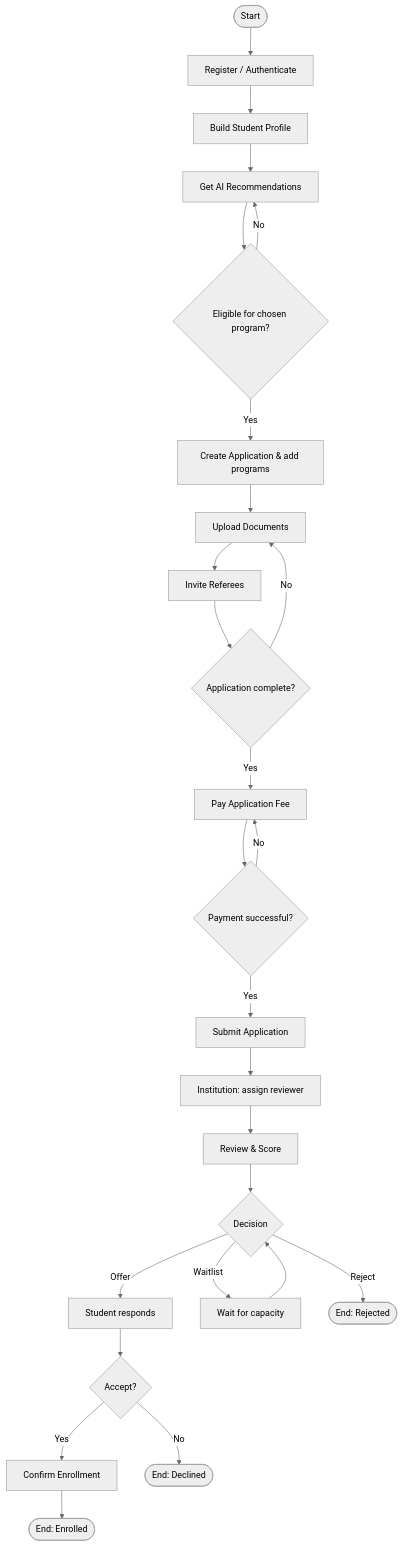
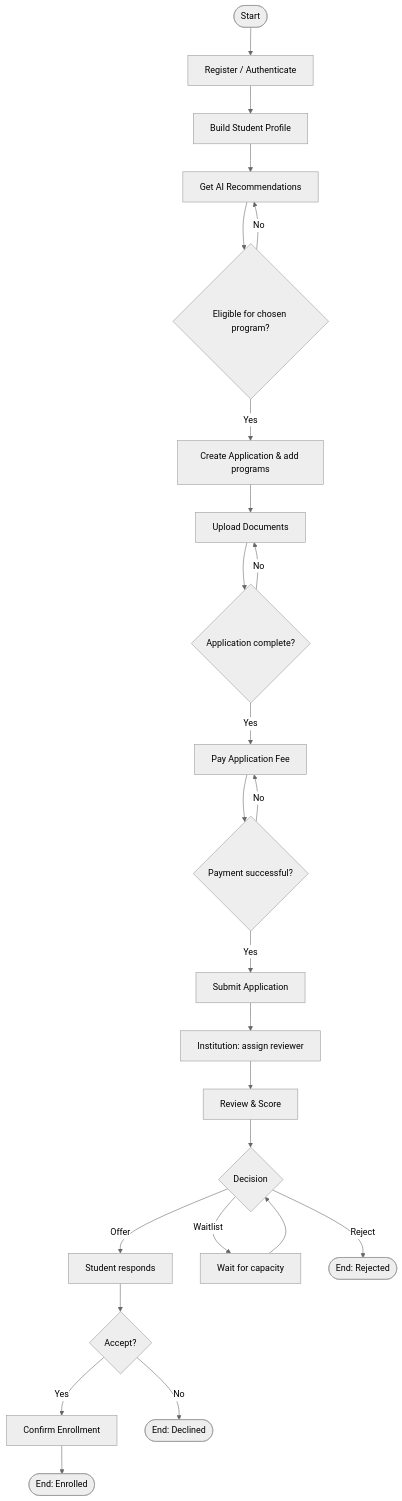
Before and after one commit to eraddy/prepration: the seventh of 8 diagrams in README.md, drawn with Mermaid (neutral theme). The commit also changed other lines of this file, not shown here.

````diff
--- a/README.md
+++ b/README.md
@@ -638,28 +601,27 @@
 ```mermaid
 flowchart TD
   A([Start]) --> B[Register / Authenticate]
   B --> C[Build Student Profile]
   C --> D[Get AI Recommendations]
   D --> E{Eligible for chosen program?}
   E -- No --> D
   E -- Yes --> F[Create Application & add programs]
   F --> G[Upload Documents]
-  G --> H[Invite Referees]
-  H --> I{Application complete?}
+  G --> I{Application complete?}
   I -- No --> G
   I -- Yes --> J[Pay Application Fee]
   J --> K{Payment successful?}
   K -- No --> J
   K -- Yes --> L[Submit Application]
   L --> M[Institution: assign reviewer]
   M --> N[Review & Score]
   N --> O{Decision}
   O -- Offer --> P[Student responds]
   O -- Waitlist --> Q[Wait for capacity]
   O -- Reject --> R([End: Rejected])
   Q --> O
   P --> S{Accept?}
   S -- Yes --> T[Confirm Enrollment]
   S -- No --> U([End: Declined])
   T --> V([End: Enrolled])
 ```
````
